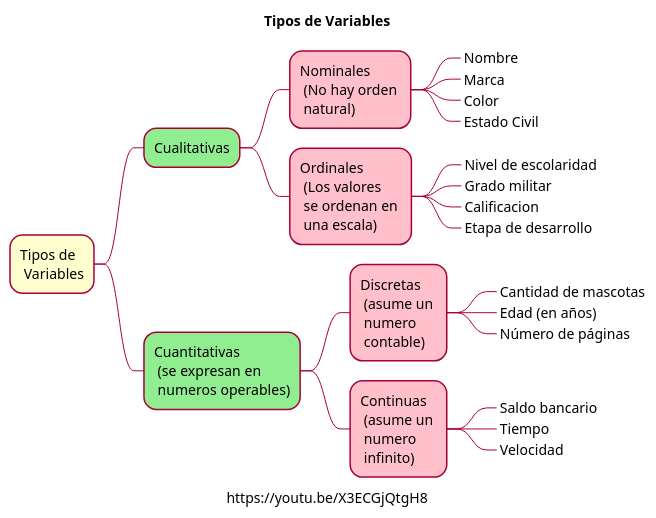
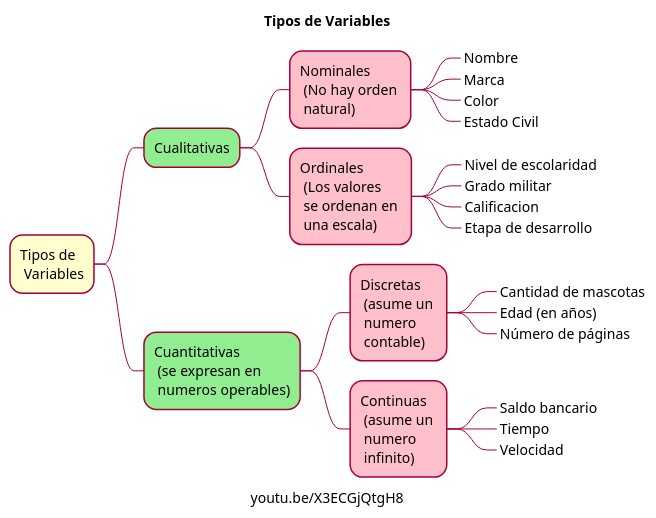
One commit to zherar7ordoya/AP5 changed the diagram in P&E/Tipos de Variables.puml. Above: the diagram before and after it, drawn with PlantUML. The commit also changed 4 other files, not shown here.

```diff
--- a/P&E/Tipos de Variables.puml
+++ b/P&E/Tipos de Variables.puml
@@ -10,47 +1,62 @@
 @startmindmap P&E
 
-' Configuración de la plantilla
+' ..............................................................................
+
 skin rose
 skinparam classFontName Calibri
 skinparam shadowing false
-' .............................
+
+' ..............................................................................
+
+/'
+  @title        TIPOS DE VARIABLES ESTADÍSTICAS
+  @description  Los tipos de variables estadísticas son: variables cualitativas
+                y variables cuantitativas.
+  @author       Gerardo Tordoya
+  @date         2022-09-05
+'/
+
+' ─── HEADER ───────────────────────────────────────────────────────────────────
 
 title Tipos de Variables
 
 ' ─── DIAGRAMA ─────────────────────────────────────────────────────────────────
 * Tipos de \n Variables
 
 'left side
 
     **[#LightGreen] Cualitativas
 
         ***[#Pink] Nominales \n (No hay orden \n natural)
             ****_ Nombre
             ****_ Marca
             ****_ Color
             ****_ Estado Civil
 
         ***[#Pink] Ordinales \n (Los valores \n se ordenan en \n una escala)
             ****_ Nivel de escolaridad
             ****_ Grado militar
             ****_ Calificacion
             ****_ Etapa de desarrollo
 
 'right side
 
     **[#LightGreen] Cuantitativas \n (se expresan en \n numeros operables)
 
         ***[#Pink] Discretas  \n (asume un \n numero \n contable)
         ****_ Cantidad de mascotas
         ****_ Edad (en años)
         ****_ Número de páginas
 
         ***[#Pink] Continuas \n (asume un \n numero \n infinito)
         ****_ Saldo bancario
         ****_ Tiempo
         ****_ Velocidad
+
+' ─── FOOTER ───────────────────────────────────────────────────────────────────
+
+caption youtu.be/X3ECGjQtgH8
+
 ' ..............................................................................
 
-caption https://youtu.be/X3ECGjQtgH8
-
 @endmindmap
```
